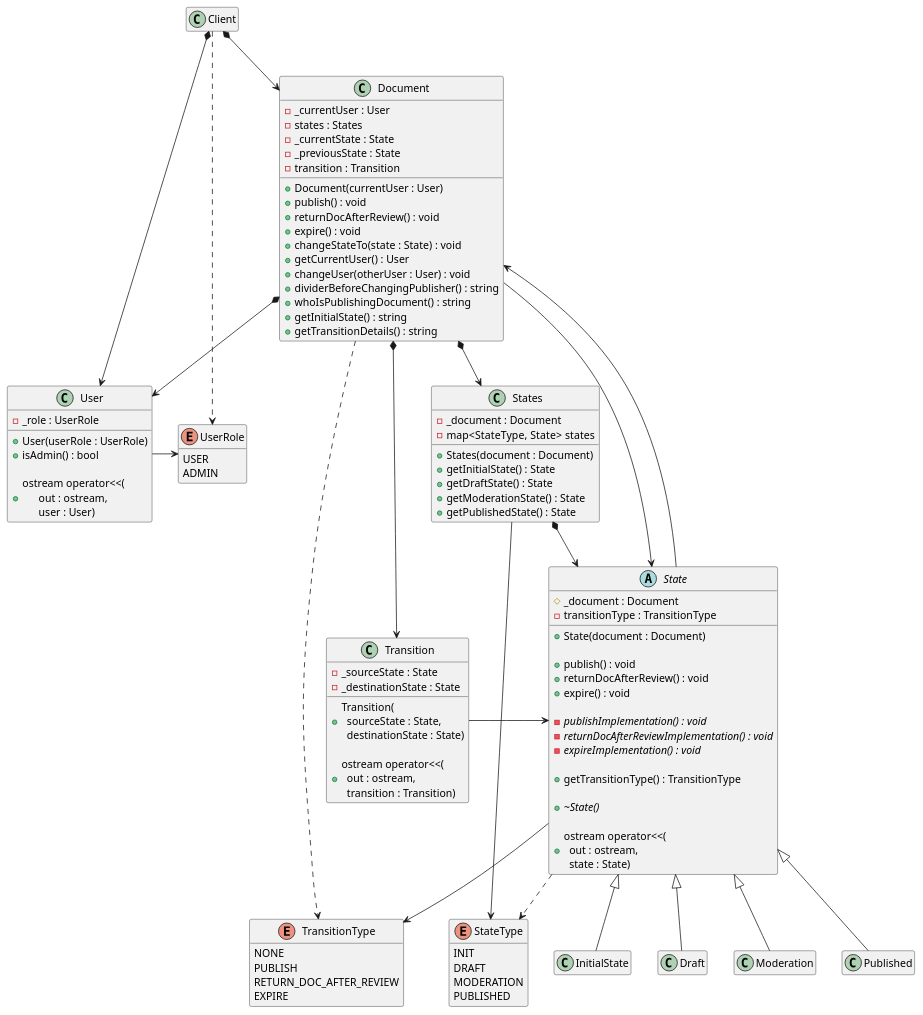
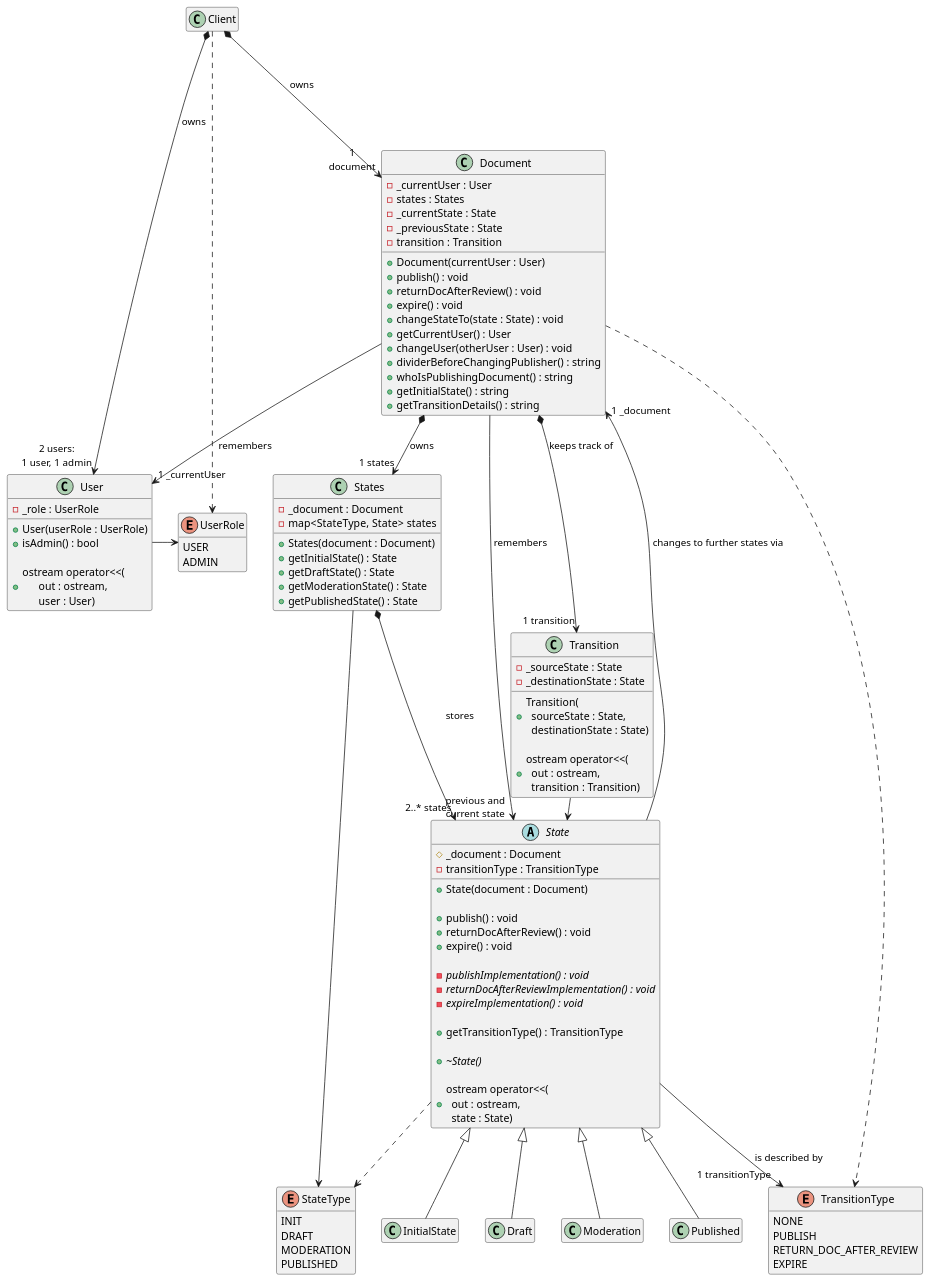
The diagram in state_design_pattern/documentAsStateDesignPatternProduction/state_design_pattern-class_diagram.puml (kyberdrb/CLionProjects), drawn with PlantUML before and after one commit.

Commit message:
State design pattern: v3 - Precreated states: put more details into class diagram...
... roles, cardinality, attribute names

```diff
--- a/state_design_pattern/documentAsStateDesignPatternProduction/state_design_pattern-class_diagram.puml
+++ b/state_design_pattern/documentAsStateDesignPatternProduction/state_design_pattern-class_diagram.puml
@@ -1,153 +1,153 @@
 @startuml
 'https://plantuml.com/class-diagram
 
 class Client
 hide Client members
 
-Client *--> Document
-Client *--> User
+Client *---> "1\ndocument" Document : owns
+Client *--> "2 users:\n1 user, 1 admin" User : owns
 Client .> UserRole
 
 class Document {
     + Document(currentUser : User)
     + publish() : void
     + returnDocAfterReview() : void
     + expire() : void
     + changeStateTo(state : State) : void
     + getCurrentUser() : User
     + changeUser(otherUser : User) : void
     + dividerBeforeChangingPublisher() : string
     + whoIsPublishingDocument() : string
     + getInitialState() : string
     + getTransitionDetails() : string
 
     - _currentUser : User
     - states : States
     - _currentState : State
     - _previousState : State
     - transition : Transition
 }
 
-Document --> State
-Document *--> User
-Document *--> Transition
+Document --> "previous and\ncurrent state" State : remembers
+Document --> "1 _currentUser" User : remembers
+Document *--> "1 transition" Transition : keeps track of
 Document ..> TransitionType
-Document *--> States
+Document *--> "1 states" States : owns
 
 enum StateType {
     INIT
     DRAFT
     MODERATION
     PUBLISHED
 }
 
 hide StateType methods
 
 class States {
     + States(document : Document)
     + getInitialState() : State
     + getDraftState() : State
     + getModerationState() : State
     + getPublishedState() : State
 
     - _document : Document
     - map<StateType, State>  states
 }
 
 States --> StateType
-States *--> State
+States *--> "2..* states" State : stores
 
 /'States *--> InitialState
 States *--> Draft
 States *--> Moderation
 States *--> Published'/
 
 abstract class State {
     + State(document : Document)
 
     + publish() : void
     + returnDocAfterReview() : void
     + expire() : void
 
   - {abstract} publishImplementation() : void
   - {abstract} returnDocAfterReviewImplementation() : void
   - {abstract} expireImplementation() : void
 
   + getTransitionType() : TransitionType
 
   + {abstract} ~State()
 
   + ostream operator<<(\n\
   out : ostream,\n\
   state : State)
 
     # _document : Document
     - transitionType : TransitionType
 }
 
-State --> Document
-State --> TransitionType
+State --> "1 _document" Document : changes to further states via
+State --> "1 transitionType" TransitionType : is described by
 State ..> StateType
 
 State <|-- InitialState
 State <|-- Draft
 State <|-- Moderation
 State <|-- Published
 
 class InitialState
 hide InitialState members
 
 class Draft
 hide Draft members
 
 class Moderation
 hide Moderation members
 
 class Published
 hide Published members
 
 class Transition {
     + Transition(\n\
   sourceState : State,\n\
   destinationState : State)
 
     + ostream operator<<(\n\
   out : ostream,\n\
   transition : Transition)
 
     - _sourceState : State
     - _destinationState : State
 }
 
 Transition -> State
 
 enum TransitionType {
     NONE
     PUBLISH
     RETURN_DOC_AFTER_REVIEW
     EXPIRE
 }
 
 hide TransitionType methods
 
 class User {
     + User(userRole : UserRole)
     + isAdmin() : bool
 
     + ostream operator<<(\n\
       out : ostream,\n\
       user : User)
 
     - _role : UserRole
 }
 
 User -> UserRole
 
 enum UserRole {
     USER
     ADMIN
 }
 
 hide UserRole methods
 
 @enduml
```
